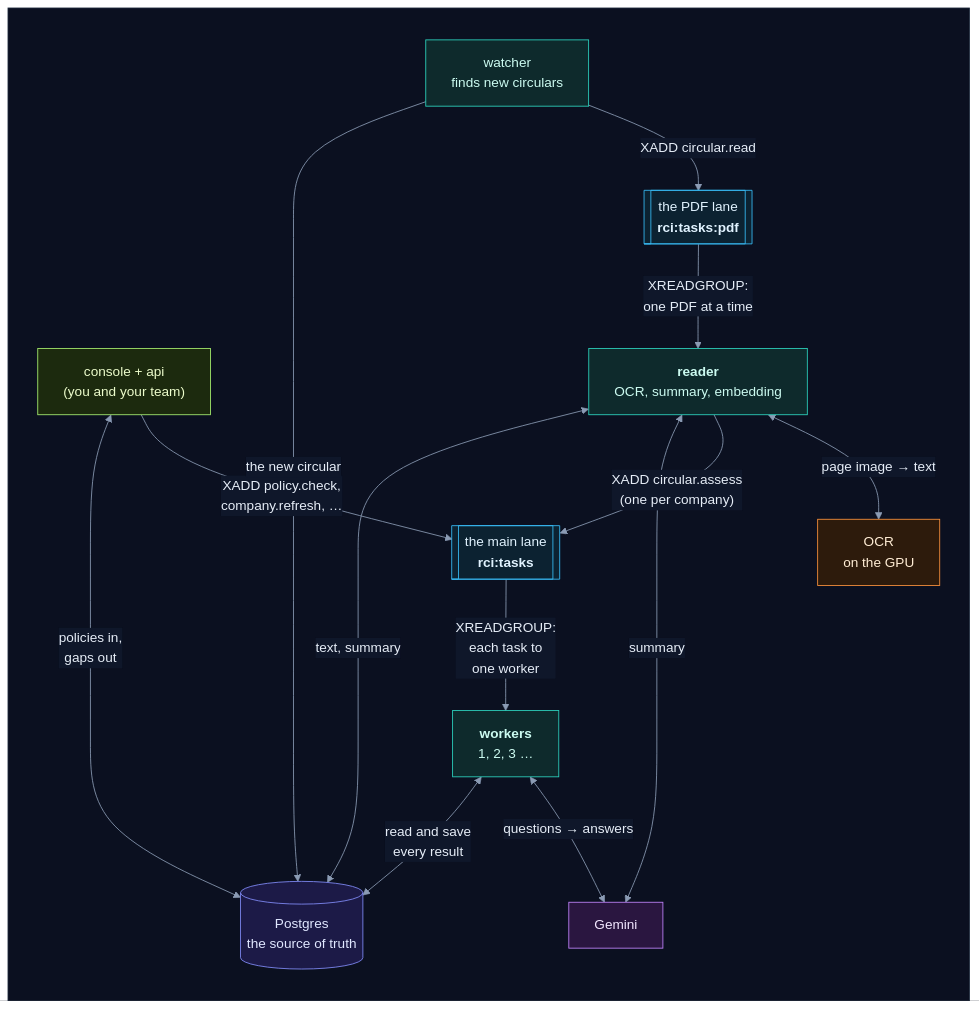
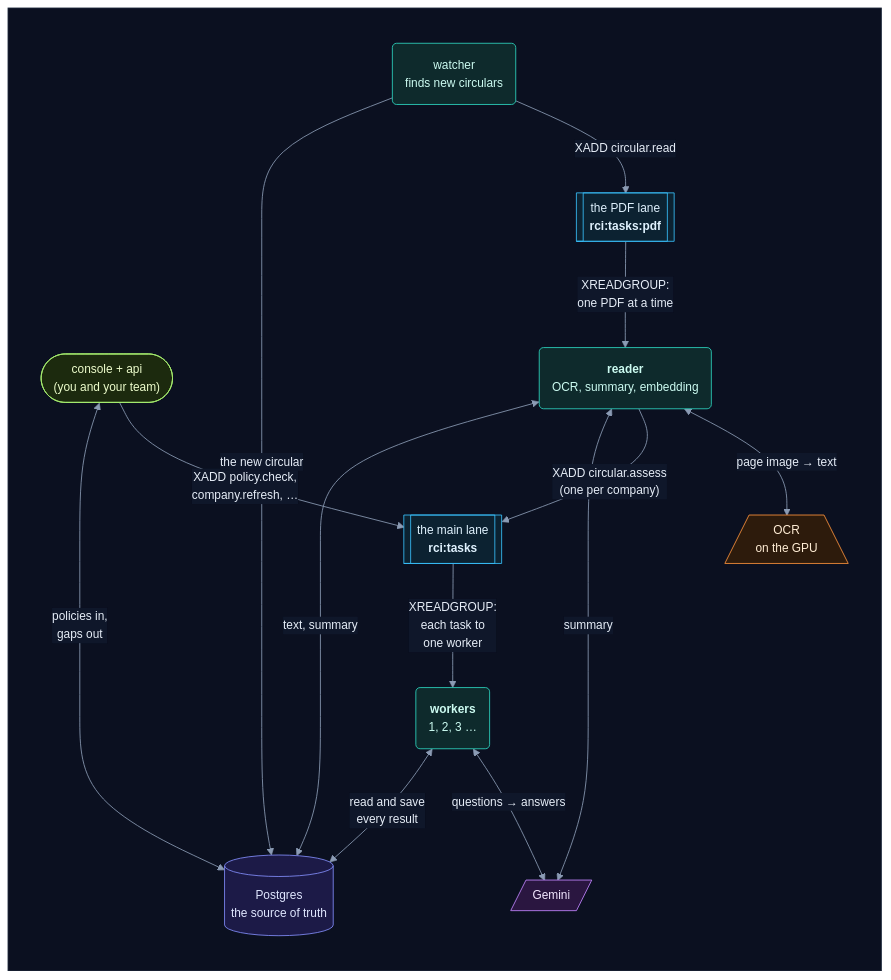
The first of 21 diagrams in how_the_worker_works.md (selvakumarperumal/Regulatory_Circular_Impact_Agent), drawn with Mermaid before and after one commit. The commit also changed other lines of this file and 5 other files, not shown here.

Commit message:
Give the docs' flowcharts a shape per kind of part, more room and slightly smaller text

````diff
--- a/how_the_worker_works.md
+++ b/how_the_worker_works.md
@@ -36,36 +36,36 @@
 ```mermaid
-%%{init: {"theme": "base", "flowchart": {"diagramPadding": 0}, "themeVariables": {"darkMode": true, "primaryColor": "#16213a", "primaryTextColor": "#e6edf7", "primaryBorderColor": "#475a7a", "lineColor": "#8b9bb4", "secondaryColor": "#1b2436", "tertiaryColor": "#101a2e", "edgeLabelBackground": "#0f172a", "textColor": "#e2e8f0", "clusterBkg": "#0f1728", "clusterBorder": "#2b3a55", "titleColor": "#c4b5fd", "nodeTextColor": "#e6edf7"}}}%%
+%%{init: {"theme": "base", "flowchart": {"diagramPadding": 0, "nodeSpacing": 58, "rankSpacing": 58, "curve": "basis"}, "themeVariables": {"fontSize": "14px", "darkMode": true, "primaryColor": "#16213a", "primaryTextColor": "#e6edf7", "primaryBorderColor": "#475a7a", "lineColor": "#8b9bb4", "secondaryColor": "#1b2436", "tertiaryColor": "#101a2e", "edgeLabelBackground": "#0f172a", "textColor": "#e2e8f0", "clusterBkg": "#0f1728", "clusterBorder": "#2b3a55", "titleColor": "#c4b5fd", "nodeTextColor": "#e6edf7"}}}%%
 flowchart TD
     subgraph canvas[" "]
         direction TB
-        watcher["watcher<br/>finds new circulars"] -->|"XADD circular.read"| P[["the PDF lane<br/><b>rci:tasks:pdf</b>"]]
-        console["console + api<br/>(you and your team)"] -->|"XADD policy.check,<br/>company.refresh, …"| Q[["the main lane<br/><b>rci:tasks</b>"]]
-        P -->|"XREADGROUP:<br/>one PDF at a time"| R["<b>reader</b><br/>OCR, summary, embedding"]
-        R <-->|"page image → text"| O["OCR<br/>on the GPU"]
+        watcher("watcher<br/>finds new circulars") -->|"XADD circular.read"| P[["the PDF lane<br/><b>rci:tasks:pdf</b>"]]
+        console(["console + api<br/>(you and your team)"]) -->|"XADD policy.check,<br/>company.refresh, …"| Q[["the main lane<br/><b>rci:tasks</b>"]]
+        P -->|"XREADGROUP:<br/>one PDF at a time"| R("<b>reader</b><br/>OCR, summary, embedding")
+        R <-->|"page image → text"| O[/"OCR<br/>on the GPU"\]
         R -->|"XADD circular.assess<br/>(one per company)"| Q
-        Q -->|"XREADGROUP:<br/>each task to<br/>one worker"| K["<b>workers</b><br/>1, 2, 3 …"]
-        K <-->|"questions → answers"| G["Gemini"]
+        Q -->|"XREADGROUP:<br/>each task to<br/>one worker"| K("<b>workers</b><br/>1, 2, 3 …")
+        K <-->|"questions → answers"| G[/"Gemini"/]
         R <-->|"summary"| G
         R <-->|"text, summary"| DB[("Postgres<br/>the source of truth")]
         K <-->|"read and save<br/>every result"| DB
         console <-->|"policies in,<br/>gaps out"| DB
         watcher -->|"the new circular"| DB
     end
     classDef svc fill:#0e2a2c,stroke:#2dd4bf,color:#ccfbf1
     classDef data fill:#1c1a47,stroke:#818cf8,color:#e0e7ff
     classDef ext fill:#2a1640,stroke:#c084fc,color:#f3e8ff
     classDef gpu fill:#2d1b0c,stroke:#fb923c,color:#ffedd5
     classDef ask fill:#2a2410,stroke:#fbbf24,color:#fef3c7
     classDef ok fill:#0b2a1c,stroke:#34d399,color:#d1fae5
     classDef bad fill:#2e0f17,stroke:#fb7185,color:#ffe4e6
     classDef start fill:#1c2a0e,stroke:#a7ef6f,color:#ecfccb
     classDef muted fill:#1a2130,stroke:#64748b,color:#cbd5e1
     classDef queue fill:#0c2231,stroke:#38bdf8,color:#e0f2fe
     class watcher,R,K svc
     class console start
     class P,Q queue
     class DB data
     class O gpu
     class G ext
     style canvas fill:#0b1020,stroke:#1e293b,color:#0b1020
 ```
````
